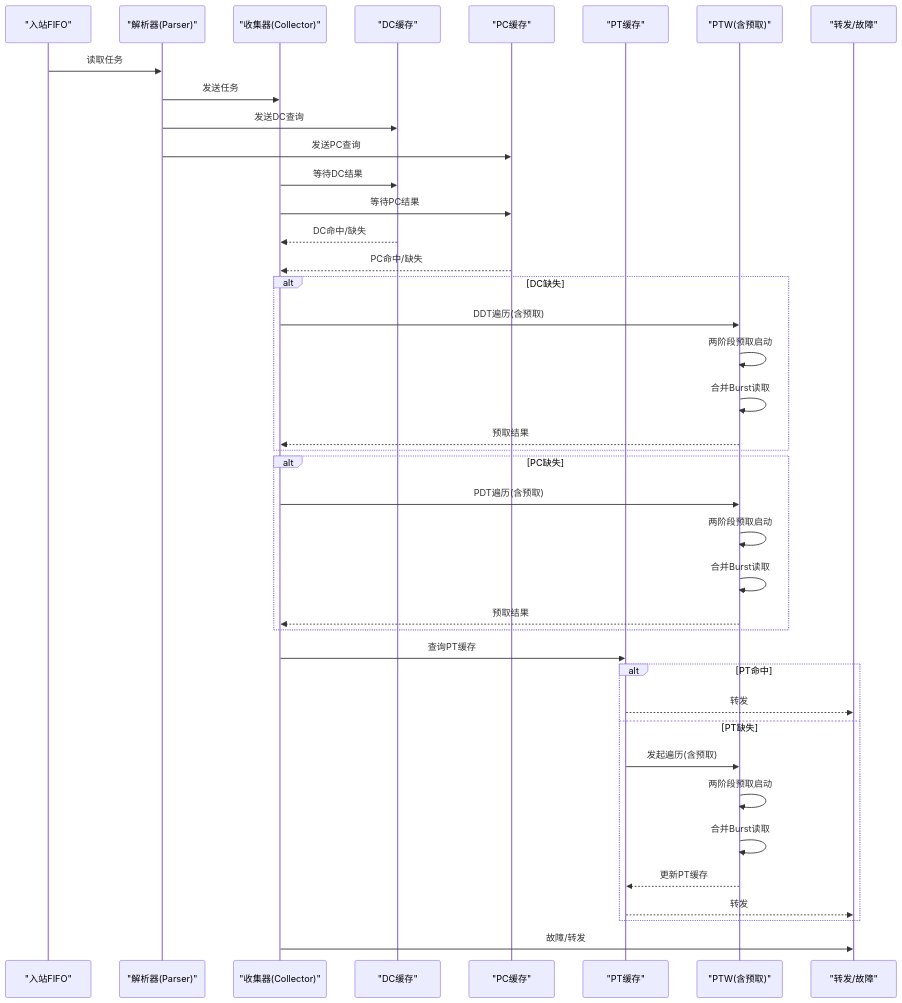
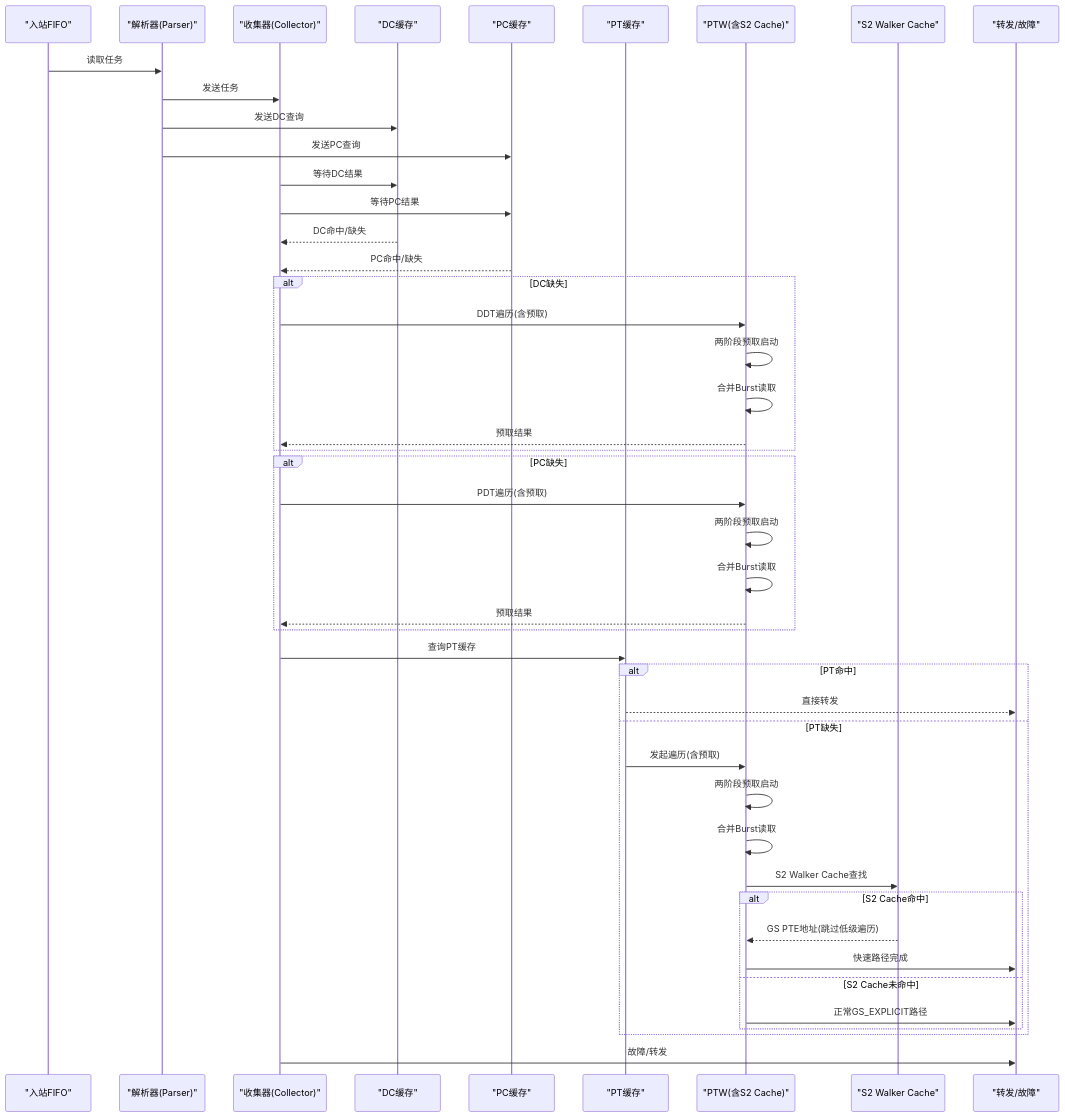
The second of 14 diagrams in .qoder/repowiki/zh/content/性能模型/性能模型.md (jiangjiang1122/iommu_model_20260401_v1), drawn with Mermaid before and after one commit. The commit also changed other lines of this file and 21 other files, not shown here.

````diff
--- a/.qoder/repowiki/zh/content/性能模型/性能模型.md
+++ b/.qoder/repowiki/zh/content/性能模型/性能模型.md
@@ -131,42 +172,48 @@
 ```mermaid
 sequenceDiagram
 participant IN as "入站FIFO"
 participant PR as "解析器(Parser)"
 participant CL as "收集器(Collector)"
 participant DC as "DC缓存"
 participant PC as "PC缓存"
 participant PT as "PT缓存"
-participant PTW as "PTW(含预取)"
+participant PTW as "PTW(含S2 Cache)"
+participant S2C as "S2 Walker Cache"
 participant FW as "转发/故障"
 IN->>PR : 读取任务
 PR->>CL : 发送任务
 PR->>DC : 发送DC查询
 PR->>PC : 发送PC查询
 CL->>DC : 等待DC结果
 CL->>PC : 等待PC结果
 DC-->>CL : DC命中/缺失
 PC-->>CL : PC命中/缺失
 alt DC缺失
 CL->>PTW : DDT遍历(含预取)
 PTW->>PTW : 两阶段预取启动
 PTW->>PTW : 合并Burst读取
 PTW-->>CL : 预取结果
 end
 alt PC缺失
 CL->>PTW : PDT遍历(含预取)
 PTW->>PTW : 两阶段预取启动
 PTW->>PTW : 合并Burst读取
 PTW-->>CL : 预取结果
 end
 CL->>PT : 查询PT缓存
 alt PT命中
-PT-->>FW : 转发
+PT-->>FW : 直接转发
 else PT缺失
 PT->>PTW : 发起遍历(含预取)
 PTW->>PTW : 两阶段预取启动
 PTW->>PTW : 合并Burst读取
-PTW-->>PT : 更新PT缓存
-PT-->>FW : 转发
+PTW->>S2C : S2 Walker Cache查找
+alt S2 Cache命中
+S2C-->>PTW : GS PTE地址(跳过低级遍历)
+PTW->>FW : 快速路径完成
+else S2 Cache未命中
+PTW->>FW : 正常GS_EXPLICIT路径
+end
 end
 CL->>FW : 故障/转发
 ```
````
